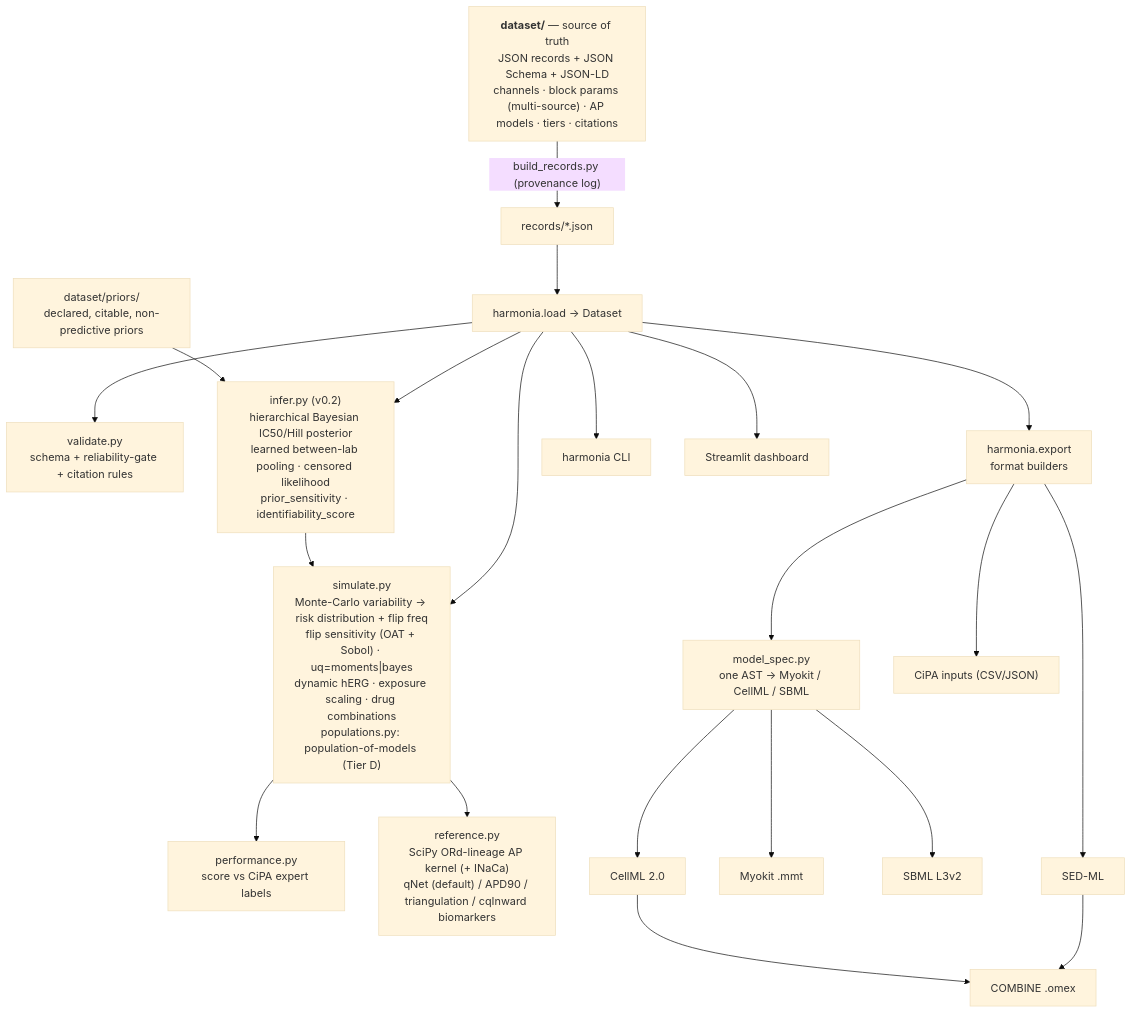
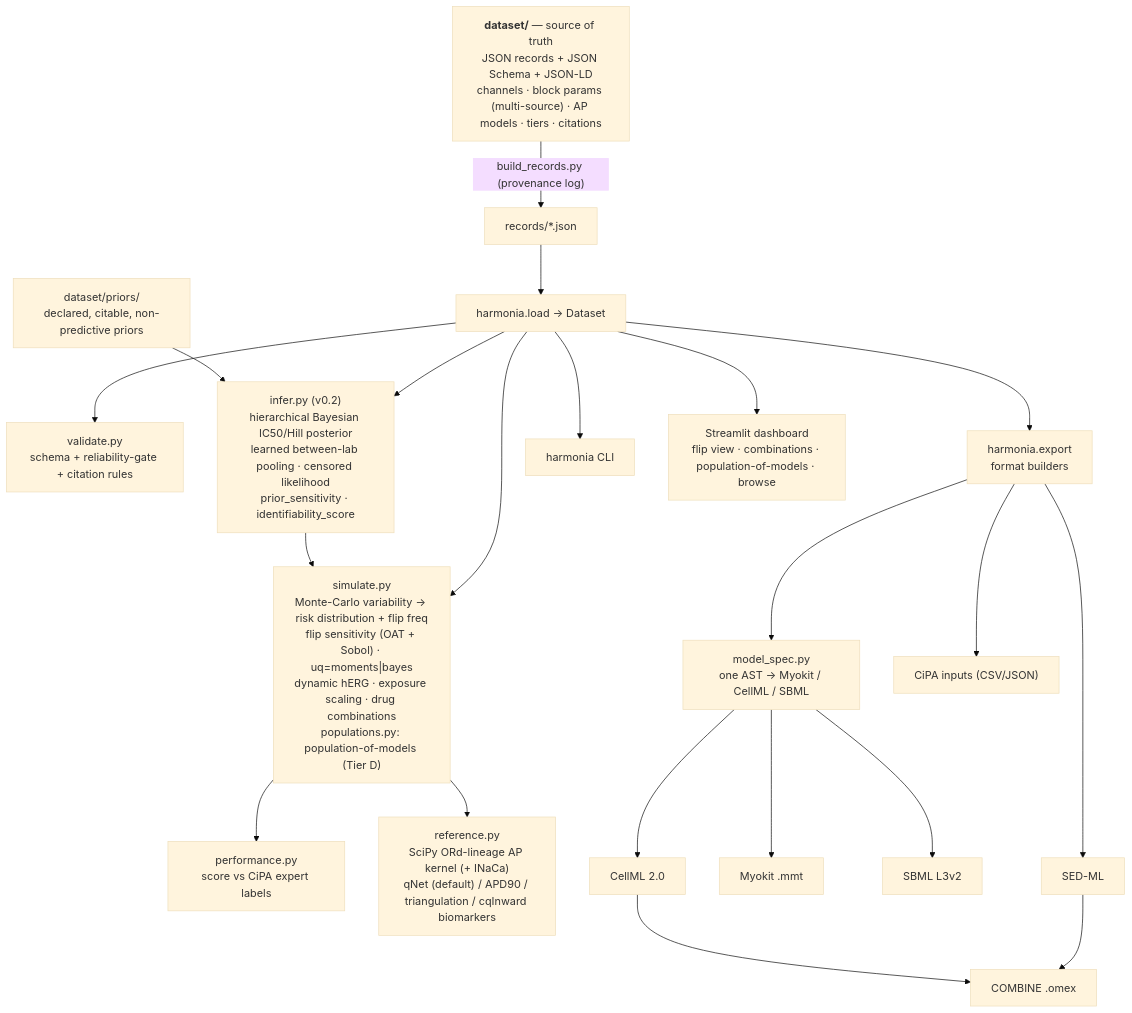
The diagram in README.md (clay-good/harmonia), drawn with Mermaid (base theme) before and after one commit. The commit also changed other lines of this file and 7 other files, not shown here.

````diff
--- a/README.md
+++ b/README.md
@@ -169,23 +169,23 @@
 ```mermaid
 flowchart TD
     DS["<b>dataset/</b> — source of truth<br/>JSON records + JSON Schema + JSON-LD<br/>channels · block params (multi-source) · AP models · tiers · citations"]
     DS -->|"build_records.py (provenance log)"| REC["records/*.json"]
     REC --> LOAD["harmonia.load → Dataset"]
     LOAD --> VAL["validate.py<br/>schema + reliability-gate + citation rules"]
     LOAD --> SIM["simulate.py<br/>Monte-Carlo variability → risk distribution + flip freq<br/>flip sensitivity (OAT + Sobol) · uq=moments|bayes<br/>dynamic hERG · exposure scaling · drug combinations<br/>populations.py: population-of-models (Tier D)"]
     LOAD --> INFER["infer.py (v0.2)<br/>hierarchical Bayesian IC50/Hill posterior<br/>learned between-lab pooling · censored likelihood<br/>prior_sensitivity · identifiability_score"]
     PRI["dataset/priors/<br/>declared, citable, non-predictive priors"] --> INFER
     INFER --> SIM
     LOAD --> EXP["harmonia.export<br/>format builders"]
     SIM --> PERF["performance.py<br/>score vs CiPA expert labels"]
     SIM --> REF["reference.py<br/>SciPy ORd-lineage AP kernel (+ INaCa)<br/>qNet (default) / APD90 / triangulation / cqInward biomarkers"]
     EXP --> SPEC["model_spec.py<br/>one AST → Myokit / CellML / SBML"]
     SPEC --> CELLML["CellML 2.0"]
     SPEC --> MYOKIT["Myokit .mmt"]
     SPEC --> SBML["SBML L3v2"]
     EXP --> CIPA["CiPA inputs (CSV/JSON)"]
     EXP --> SEDML["SED-ML"] --> OMEX["COMBINE .omex"]
     CELLML --> OMEX
     LOAD --> CLI["harmonia CLI"]
-    LOAD --> DASH["Streamlit dashboard"]
+    LOAD --> DASH["Streamlit dashboard<br/>flip view · combinations · population-of-models · browse"]
 ```
````
